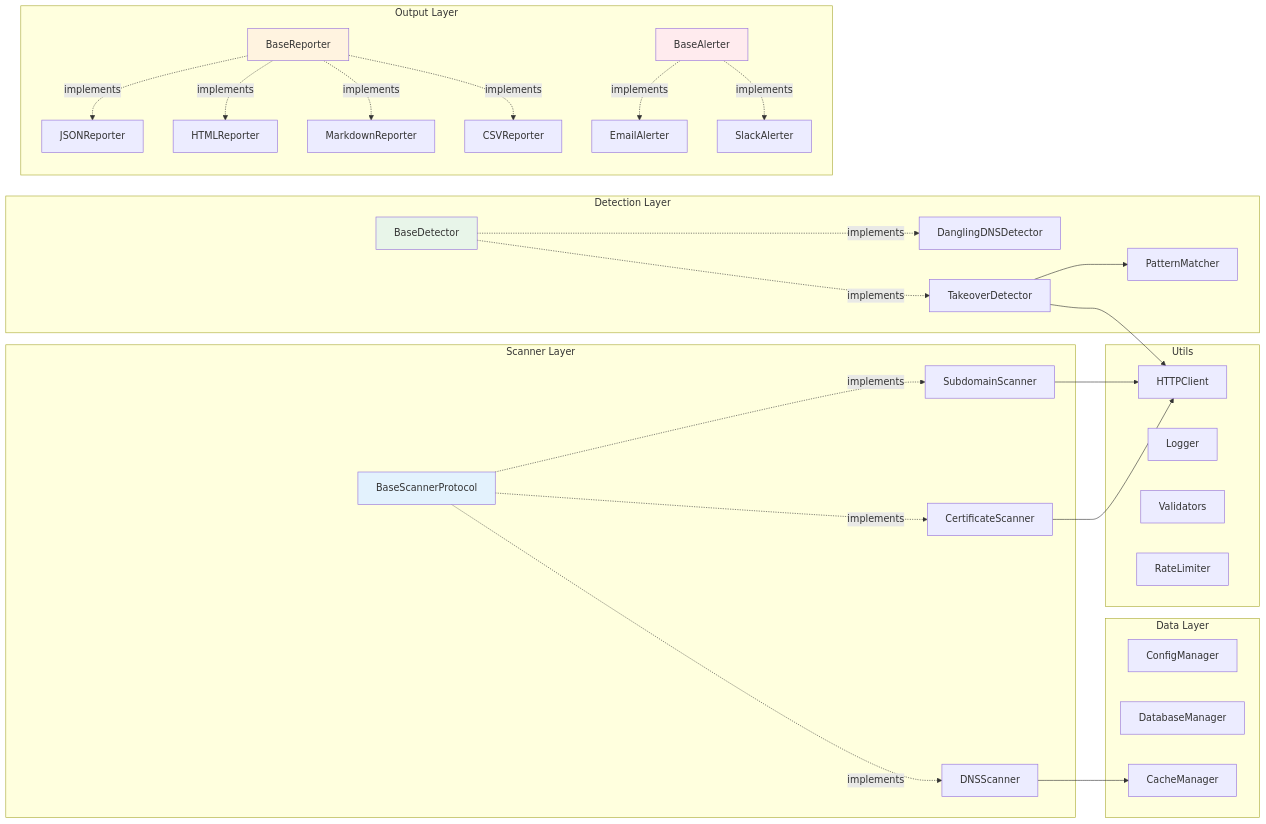
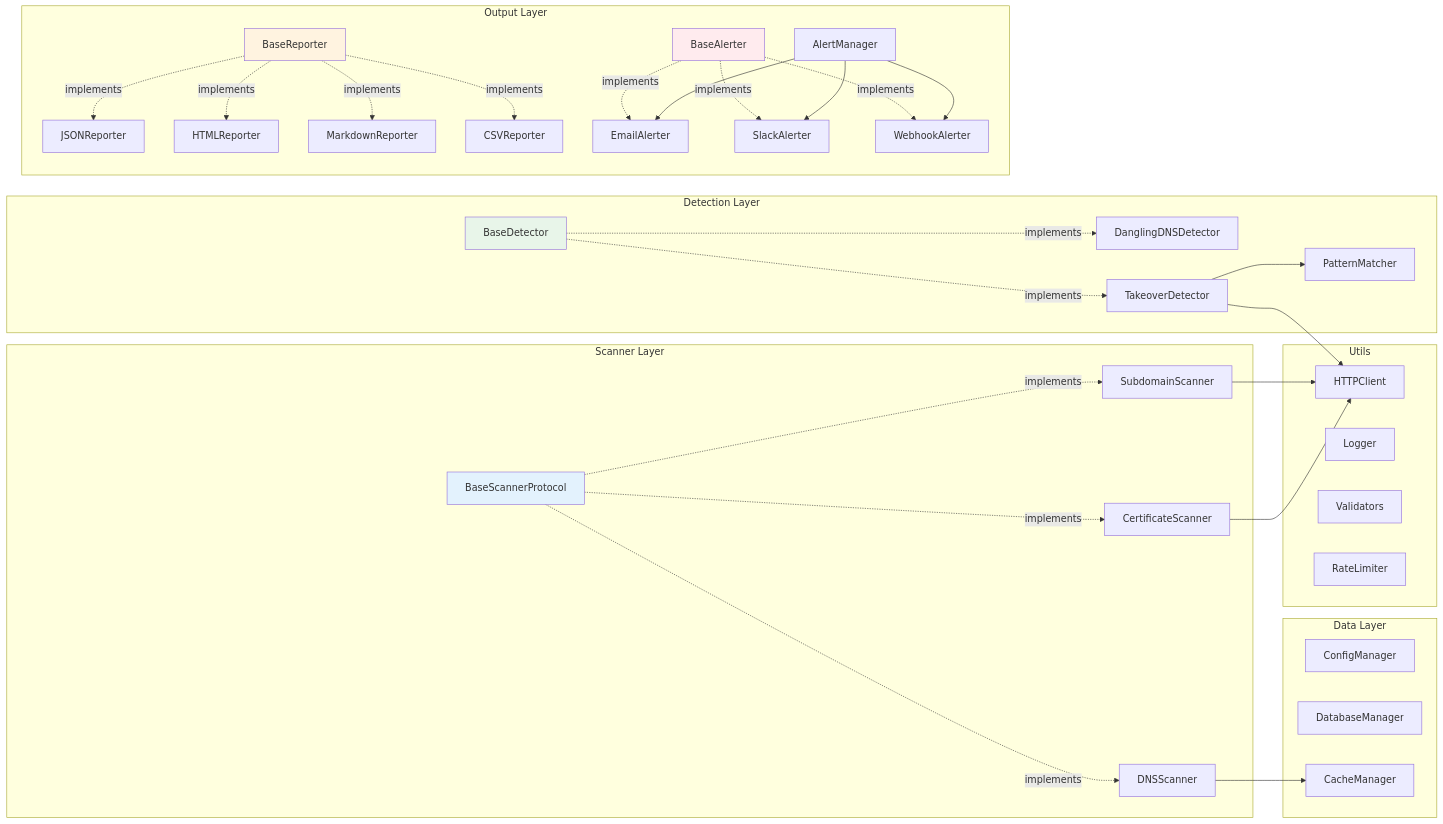
Before and after one commit to Ap6pack/security_monitoring: the second of 12 diagrams in docs/ARCHITECTURE.md, drawn with Mermaid. The commit also changed other lines of this file and 2 other files, not shown here.

````diff
--- a/docs/ARCHITECTURE.md
+++ b/docs/ARCHITECTURE.md
@@ -99,47 +101,51 @@
 ```mermaid
 graph LR
     subgraph Scanner Layer
         Base[BaseScannerProtocol] -.implements.-> Sub[SubdomainScanner]
         Base -.implements.-> DNS[DNSScanner]
         Base -.implements.-> Cert[CertificateScanner]
     end
 
     subgraph Detection Layer
         Det[BaseDetector] -.implements.-> Dang[DanglingDNSDetector]
         Det -.implements.-> Take[TakeoverDetector]
         Take --> Patterns[PatternMatcher]
     end
 
     subgraph Data Layer
         Config[ConfigManager]
         Storage[DatabaseManager]
         Cache[CacheManager]
     end
 
     subgraph Output Layer
         Rep[BaseReporter] -.implements.-> JR[JSONReporter]
         Rep -.implements.-> HR[HTMLReporter]
         Rep -.implements.-> MR[MarkdownReporter]
         Rep -.implements.-> CR[CSVReporter]
 
         Alert[BaseAlerter] -.implements.-> EA[EmailAlerter]
         Alert -.implements.-> SA[SlackAlerter]
+        Alert -.implements.-> WA[WebhookAlerter]
+        AM[AlertManager] --> EA
+        AM --> SA
+        AM --> WA
     end
 
     subgraph Utils
         HTTP[HTTPClient]
         Log[Logger]
         Valid[Validators]
         Rate[RateLimiter]
     end
 
     Sub --> HTTP
     Cert --> HTTP
     Take --> HTTP
     DNS --> Cache
 
     style Base fill:#E3F2FD
     style Det fill:#E8F5E9
     style Rep fill:#FFF3E0
     style Alert fill:#FFEBEE
 ```
````
